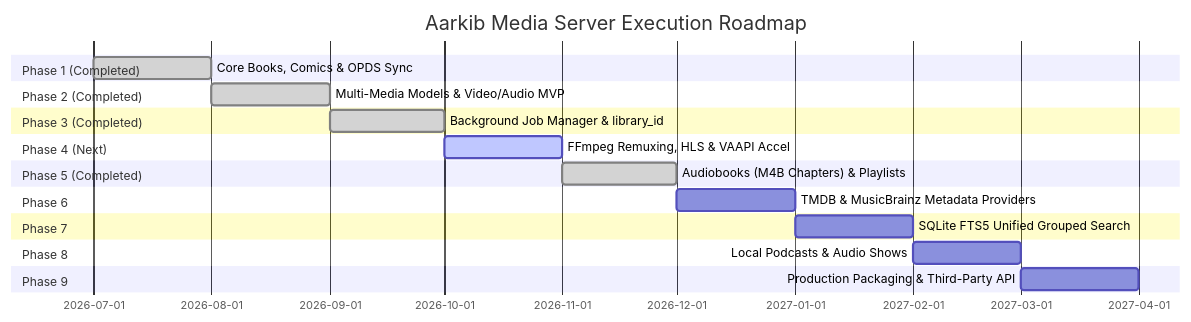
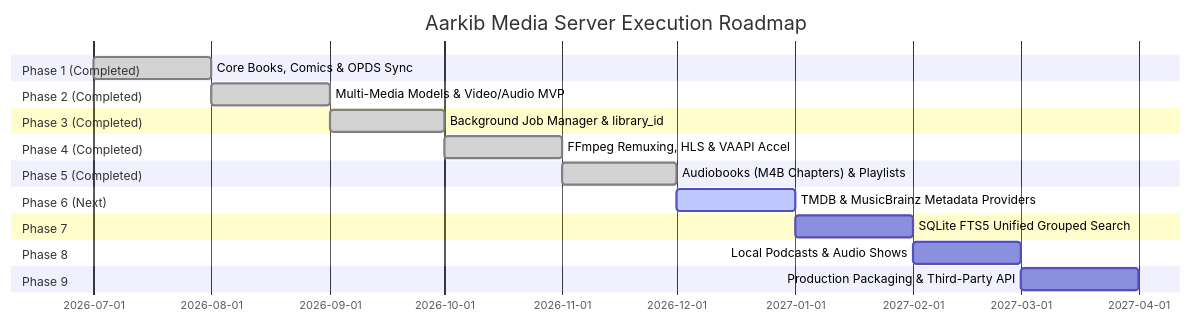
Before and after one commit to syfq91/aarkib: the sixth of 6 diagrams in media_server_execution_plan.md, drawn with Mermaid. The commit also changed other lines of this file and 6 other files, not shown here.

First line of the commit message:
feat: implement Phase 4 FFmpeg direct remuxing, dynamic VAAPI, and HLS transcoding

````diff
--- a/media_server_execution_plan.md
+++ b/media_server_execution_plan.md
@@ -583,23 +583,23 @@
 ```mermaid
 gantt
     title Aarkib Media Server Execution Roadmap
     dateFormat  YYYY-MM
     section Phase 1 (Completed)
     Core Books, Comics & OPDS Sync       :done, p1, 2026-07, 2026-08
     section Phase 2 (Completed)
     Multi-Media Models & Video/Audio MVP :done, p2, 2026-08, 2026-09
     section Phase 3 (Completed)
     Background Job Manager & library_id  :done, p3, 2026-09, 2026-10
-    section Phase 4 (Next)
-    FFmpeg Remuxing, HLS & VAAPI Accel   :active, p4, 2026-10, 2026-11
+    section Phase 4 (Completed)
+    FFmpeg Remuxing, HLS & VAAPI Accel   :done, p4, 2026-10, 2026-11
     section Phase 5 (Completed)
     Audiobooks (M4B Chapters) & Playlists:done, p5, 2026-11, 2026-12
-    section Phase 6
-    TMDB & MusicBrainz Metadata Providers:p6, 2026-12, 2027-01
+    section Phase 6 (Next)
+    TMDB & MusicBrainz Metadata Providers:active, p6, 2026-12, 2027-01
     section Phase 7
     SQLite FTS5 Unified Grouped Search   :p7, 2027-01, 2027-02
     section Phase 8
     Local Podcasts & Audio Shows         :p8, 2027-02, 2027-03
     section Phase 9
     Production Packaging & Third-Party API:p9, 2027-03, 2027-04
 ```
````
